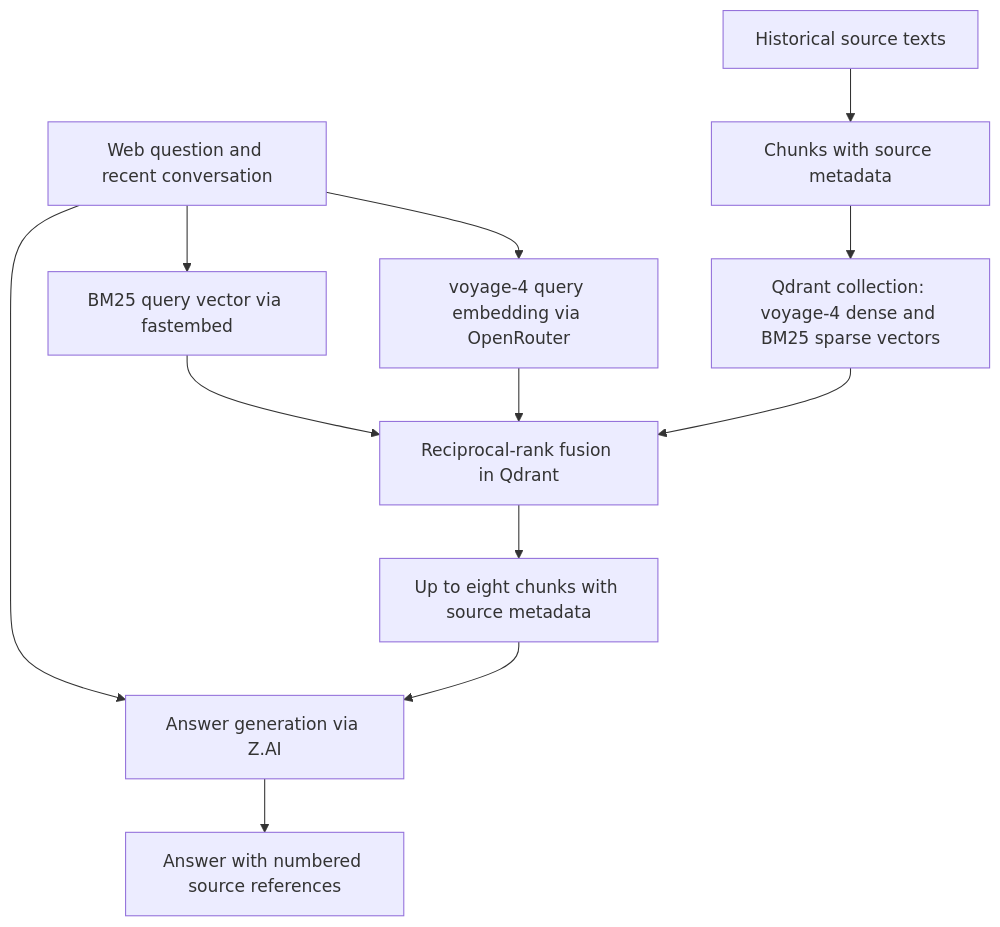
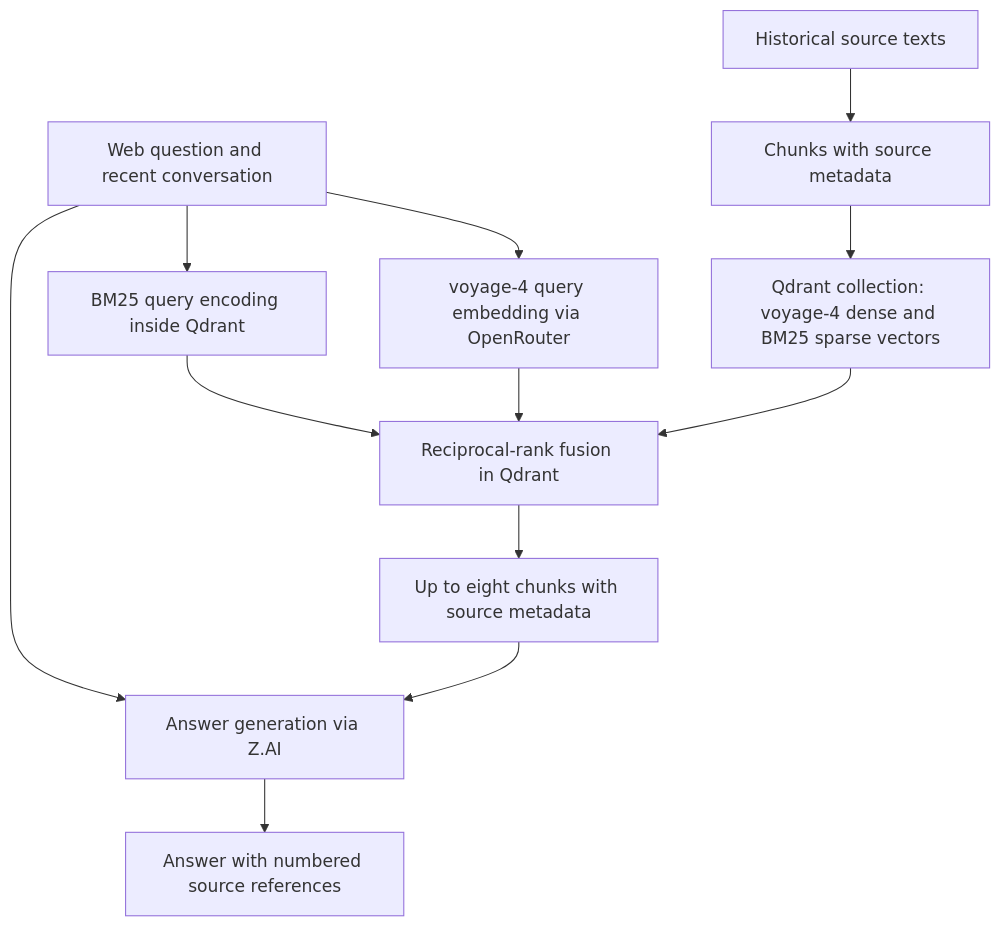
One commit to rasagyavatsal/HomeoRemedica changed the diagram in README.md. Above: the diagram before and after it, drawn with Mermaid. The commit also changed other lines of this file and 49 other files, not shown here.

````diff
--- a/README.md
+++ b/README.md
@@ -31,14 +31,14 @@
 ```mermaid
 flowchart TD
     A[Historical source texts] --> C[Chunks with source metadata]
     C --> E[Qdrant collection: voyage-4 dense and BM25 sparse vectors]
-    Q[Web question and recent conversation] --> K[BM25 query vector via fastembed]
+    Q[Web question and recent conversation] --> K[BM25 query encoding inside Qdrant]
     Q --> V[voyage-4 query embedding via OpenRouter]
     K --> R[Reciprocal-rank fusion in Qdrant]
     V --> R
     E --> R
     R --> P[Up to eight chunks with source metadata]
     Q --> G[Answer generation via Z.AI]
     P --> G
     G --> O[Answer with numbered source references]
 ```
````
